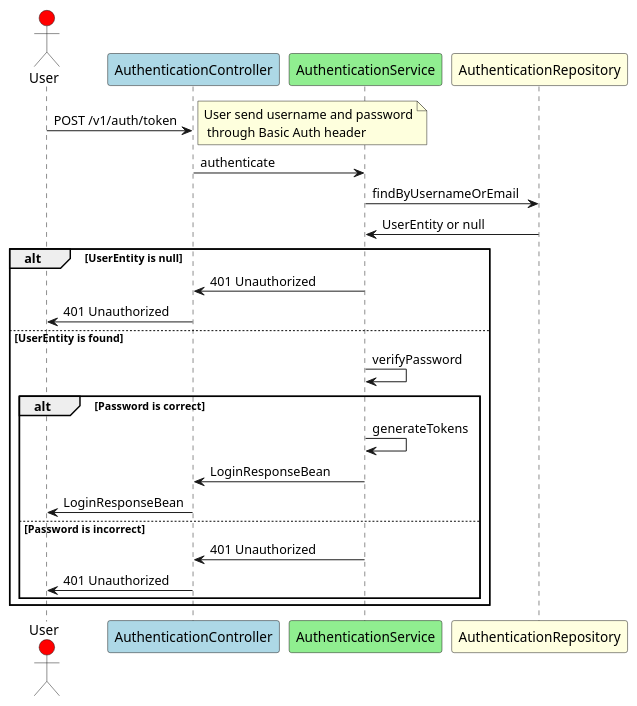
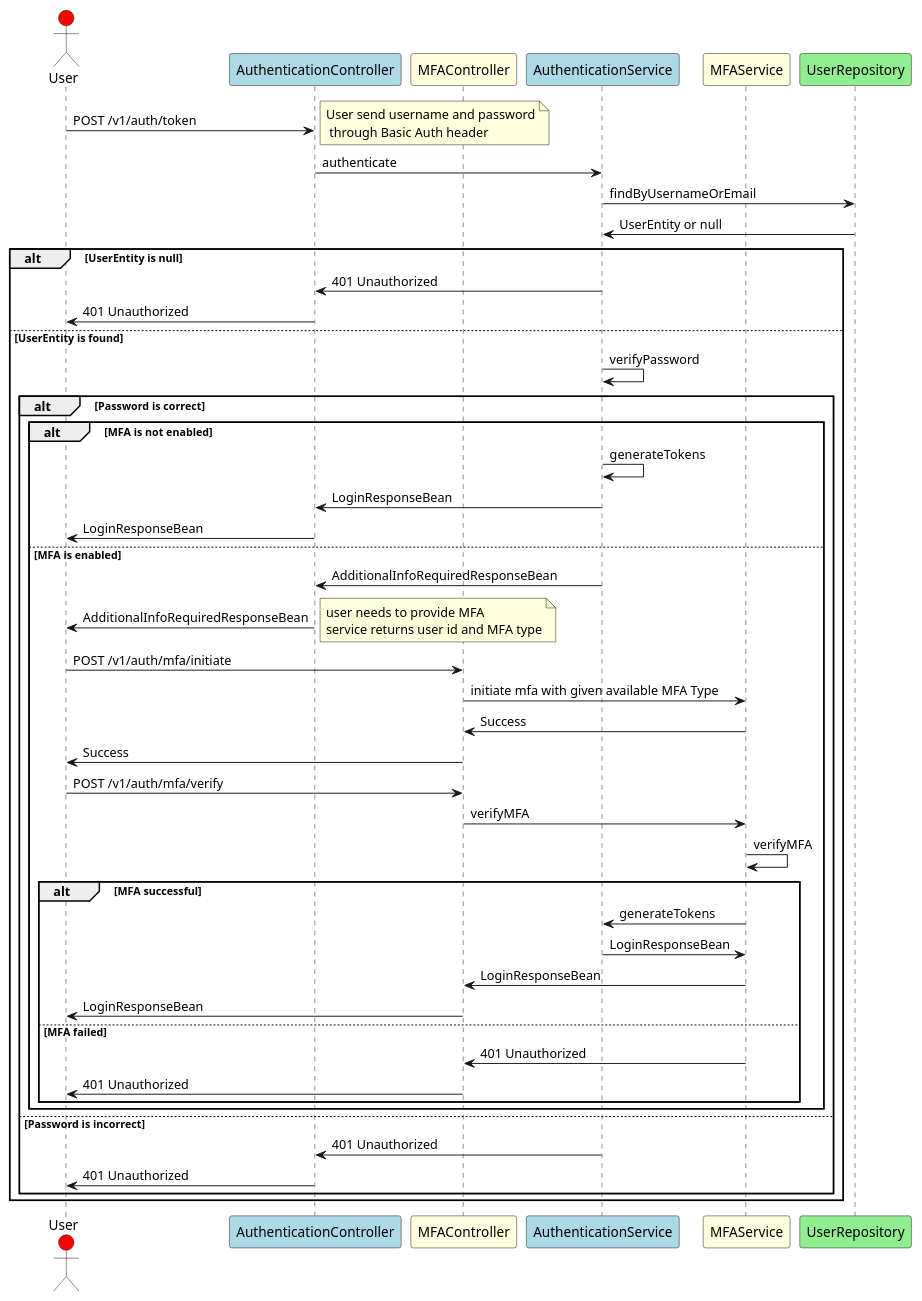
One commit to pingmyheart/Auth-Module changed the diagram in authentication-module/diagrams/login.puml. Above: the diagram before and after it, drawn with PlantUML. The commit also changed 54 other files, not shown here.

```diff
--- a/authentication-module/diagrams/login.puml
+++ b/authentication-module/diagrams/login.puml
@@ -1,29 +1,56 @@
 @startuml
 actor User as user #red
 participant AuthenticationController as authController #lightblue
-participant AuthenticationService as authService #lightgreen
-participant AuthenticationRepository as authRepository #lightyellow
+participant MFAController as mfaController #lightyellow
+participant AuthenticationService as authService #lightblue
+participant MFAService as mfaService #lightyellow
+participant UserRepository as userRepository #lightgreen
 
 user -> authController: POST /v1/auth/token
 note right
     User send username and password
      through Basic Auth header
 end note
 authController -> authService: authenticate
-authService -> authRepository: findByUsernameOrEmail
-authRepository -> authService: UserEntity or null
+authService -> userRepository: findByUsernameOrEmail
+userRepository -> authService: UserEntity or null
 alt UserEntity is null
     authService -> authController: 401 Unauthorized
     authController -> user: 401 Unauthorized
 else UserEntity is found
     authService -> authService: verifyPassword
     alt Password is correct
-        authService -> authService: generateTokens
-        authService -> authController: LoginResponseBean
-        authController -> user: LoginResponseBean
+        alt MFA is not enabled
+            authService -> authService: generateTokens
+            authService -> authController: LoginResponseBean
+            authController -> user: LoginResponseBean
+        else MFA is enabled
+            authService -> authController: AdditionalInfoRequiredResponseBean
+            authController -> user: AdditionalInfoRequiredResponseBean
+            note right
+                user needs to provide MFA
+                service returns user id and MFA type
+            end note
+            user -> mfaController: POST /v1/auth/mfa/initiate
+            mfaController -> mfaService: initiate mfa with given available MFA Type
+            mfaService -> mfaController: Success
+            mfaController -> user: Success
+            user -> mfaController: POST /v1/auth/mfa/verify
+            mfaController -> mfaService: verifyMFA
+            mfaService -> mfaService: verifyMFA
+            alt MFA successful
+                mfaService -> authService: generateTokens
+                authService -> mfaService: LoginResponseBean
+                mfaService -> mfaController: LoginResponseBean
+                mfaController -> user: LoginResponseBean
+            else MFA failed
+                mfaService -> mfaController: 401 Unauthorized
+                mfaController -> user: 401 Unauthorized
+            end
+        end
     else Password is incorrect
         authService -> authController: 401 Unauthorized
         authController -> user: 401 Unauthorized
     end
 end
 @enduml
```
